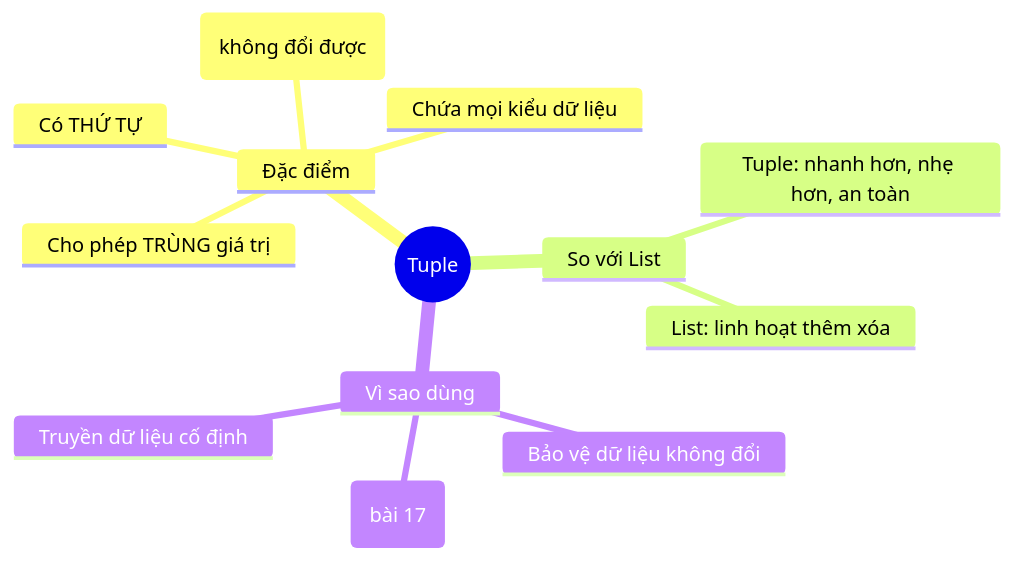
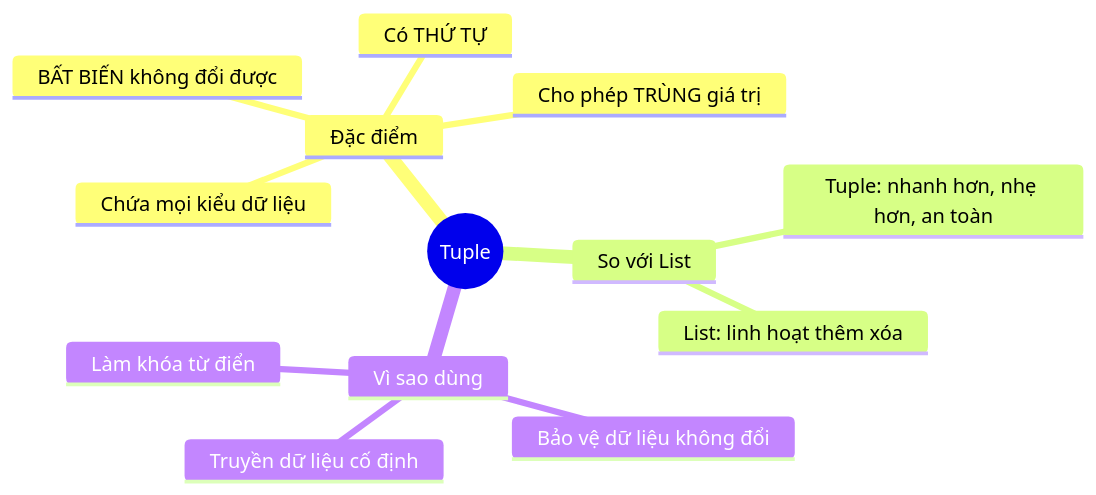
One commit to DaiVietForWork-81/HyperHub-Python changed the diagram in 01-Co-Ban/15-Tuple/bai.md. Above: the diagram before and after it, drawn with Mermaid. The commit also changed 6 other files, not shown here.

Commit message:
fix: sanitize mermaid mindmap texts for GitHub rendering

````diff
--- a/01-Co-Ban/15-Tuple/bai.md
+++ b/01-Co-Ban/15-Tuple/bai.md
@@ -45,16 +45,16 @@
 ```mermaid
 mindmap
   root((Tuple))
     Đặc điểm
       Có THỨ TỰ
-      BẤT BIẾN (không đổi được)
+      BẤT BIẾN không đổi được
       Cho phép TRÙNG giá trị
       Chứa mọi kiểu dữ liệu
     So với List
       Tuple: nhanh hơn, nhẹ hơn, an toàn
       List: linh hoạt thêm xóa
     Vì sao dùng
       Bảo vệ dữ liệu không đổi
-      Làm khóa từ điển (bài 17)
+      Làm khóa từ điển
       Truyền dữ liệu cố định
 ```
````
